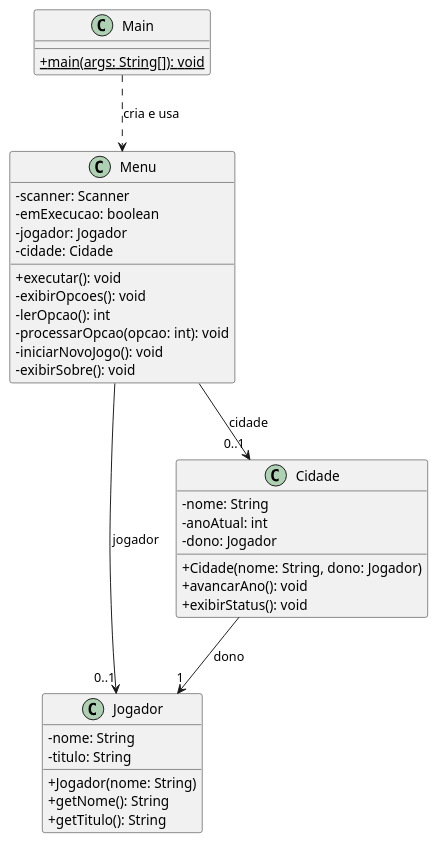
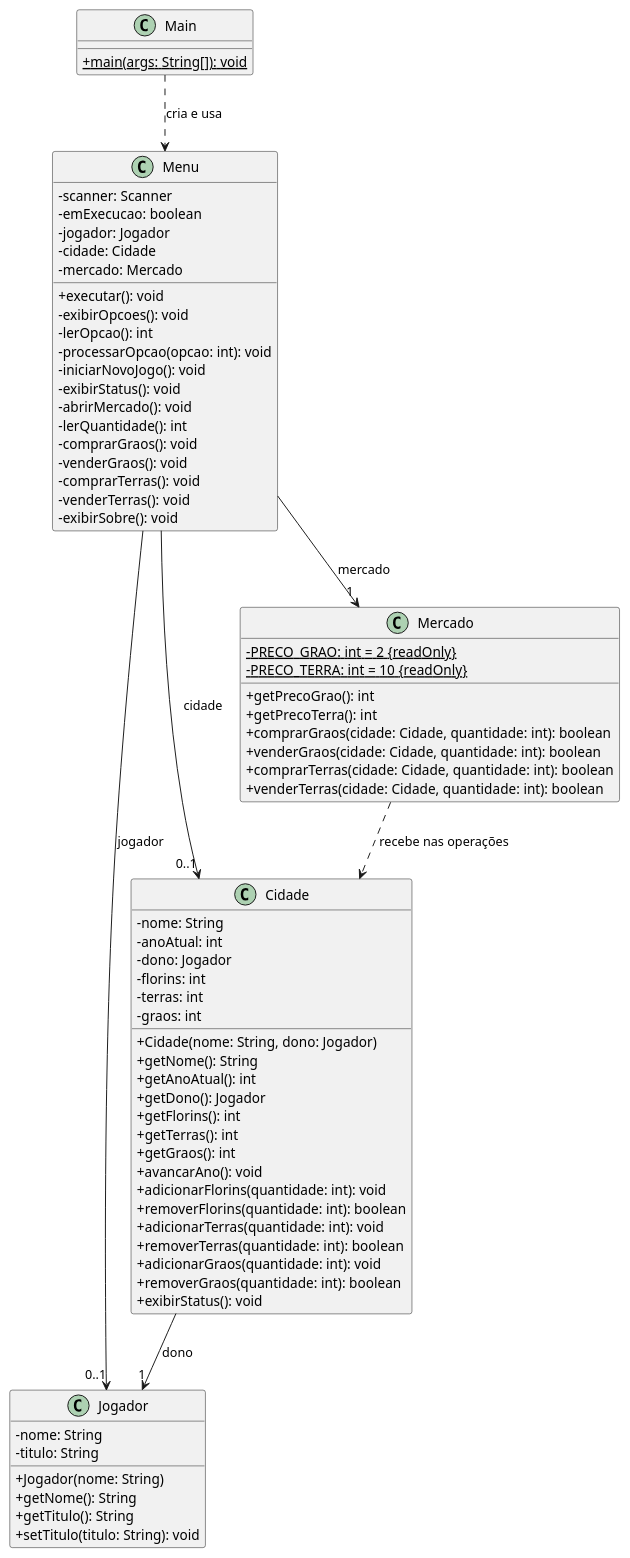
Before and after one commit to CamiloHandal/Projeto-Bologna-Milano: the diagram in uml/classes.puml, drawn with PlantUML. The commit also changed 6 other files, not shown here.

```diff
--- a/uml/classes.puml
+++ b/uml/classes.puml
@@ -1,46 +1,84 @@
 @startuml
 skinparam classAttributeIconSize 0
 
 class Main {
     + {static} main(args: String[]): void
 }
 
 class Menu {
     - scanner: Scanner
     - emExecucao: boolean
     - jogador: Jogador
     - cidade: Cidade
+    - mercado: Mercado
 
     + executar(): void
     - exibirOpcoes(): void
     - lerOpcao(): int
     - processarOpcao(opcao: int): void
     - iniciarNovoJogo(): void
+    - exibirStatus(): void
+    - abrirMercado(): void
+    - lerQuantidade(): int
+    - comprarGraos(): void
+    - venderGraos(): void
+    - comprarTerras(): void
+    - venderTerras(): void
     - exibirSobre(): void
 }
 
 class Jogador {
     - nome: String
     - titulo: String
 
     + Jogador(nome: String)
     + getNome(): String
     + getTitulo(): String
+    + setTitulo(titulo: String): void
 }
 
 class Cidade {
     - nome: String
     - anoAtual: int
     - dono: Jogador
+    - florins: int
+    - terras: int
+    - graos: int
 
     + Cidade(nome: String, dono: Jogador)
+    + getNome(): String
+    + getAnoAtual(): int
+    + getDono(): Jogador
+    + getFlorins(): int
+    + getTerras(): int
+    + getGraos(): int
     + avancarAno(): void
+    + adicionarFlorins(quantidade: int): void
+    + removerFlorins(quantidade: int): boolean
+    + adicionarTerras(quantidade: int): void
+    + removerTerras(quantidade: int): boolean
+    + adicionarGraos(quantidade: int): void
+    + removerGraos(quantidade: int): boolean
     + exibirStatus(): void
+}
+
+class Mercado {
+    - {static} PRECO_GRAO: int = 2 {readOnly}
+    - {static} PRECO_TERRA: int = 10 {readOnly}
+
+    + getPrecoGrao(): int
+    + getPrecoTerra(): int
+    + comprarGraos(cidade: Cidade, quantidade: int): boolean
+    + venderGraos(cidade: Cidade, quantidade: int): boolean
+    + comprarTerras(cidade: Cidade, quantidade: int): boolean
+    + venderTerras(cidade: Cidade, quantidade: int): boolean
 }
 
 Main ..> Menu : cria e usa
 Menu --> "0..1" Jogador : jogador
 Menu --> "0..1" Cidade : cidade
+Menu --> "1" Mercado : mercado
 Cidade --> "1" Jogador : dono
+Mercado ..> Cidade : recebe nas operações
 
 @enduml
```
